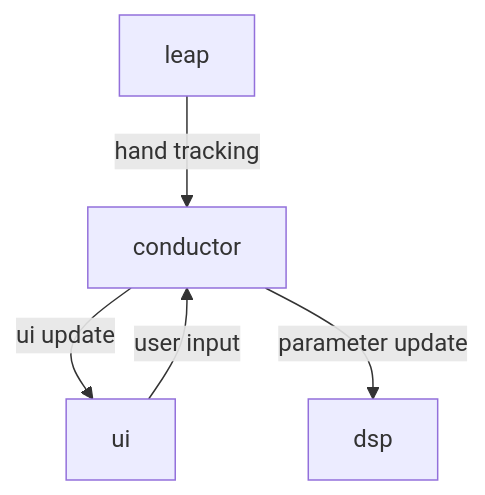
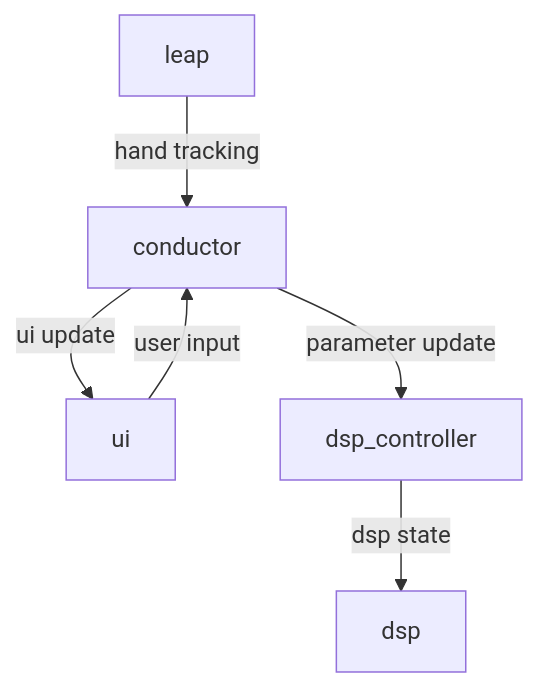
One commit to plule/theremotion changed the diagram in README.md. Above: the diagram before and after it, drawn with Mermaid. The commit also changed other lines of this file and 2 other files, not shown here.

Commit message:
Clippy, update readme

````diff
--- a/README.md
+++ b/README.md
@@ -77,7 +78,8 @@
 ```mermaid
 flowchart TD
 leap -->|hand tracking| conductor
 ui -->|user input| conductor
 conductor -->|ui update| ui
-conductor -->|parameter update| dsp
+conductor -->|parameter update| dsp_controller
+dsp_controller --> |dsp state| dsp
 ```
````
